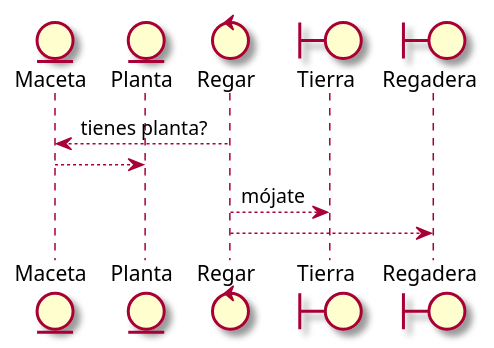
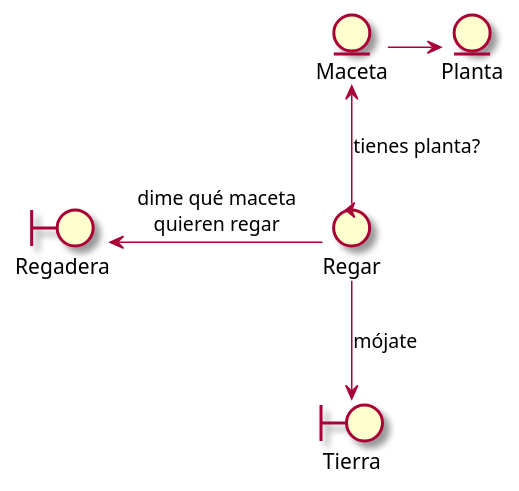
The diagram in Plants/Analysis.puml (RicardoGuzmanVelasco/Learning), drawn with PlantUML before and after one commit.

Commit message:
fix: analysis as interaction diagram instead of sequence

```diff
--- a/Plants/Analysis.puml
+++ b/Plants/Analysis.puml
@@ -1,18 +1,18 @@
 @startuml
 skin rose 
 
 entity Maceta
 entity Planta
 
 control Regar
 
 boundary Tierra
 boundary Regadera
 
-Regar --> Maceta : tienes planta?
-Maceta --> Planta
+Regar -u-> Maceta : tienes planta?
+Maceta -> Planta
 
 Regar --> Tierra : mójate
-Regar --> Regadera
+Regar -l-> Regadera : dime qué maceta\nquieren regar
 
 @enduml
```
